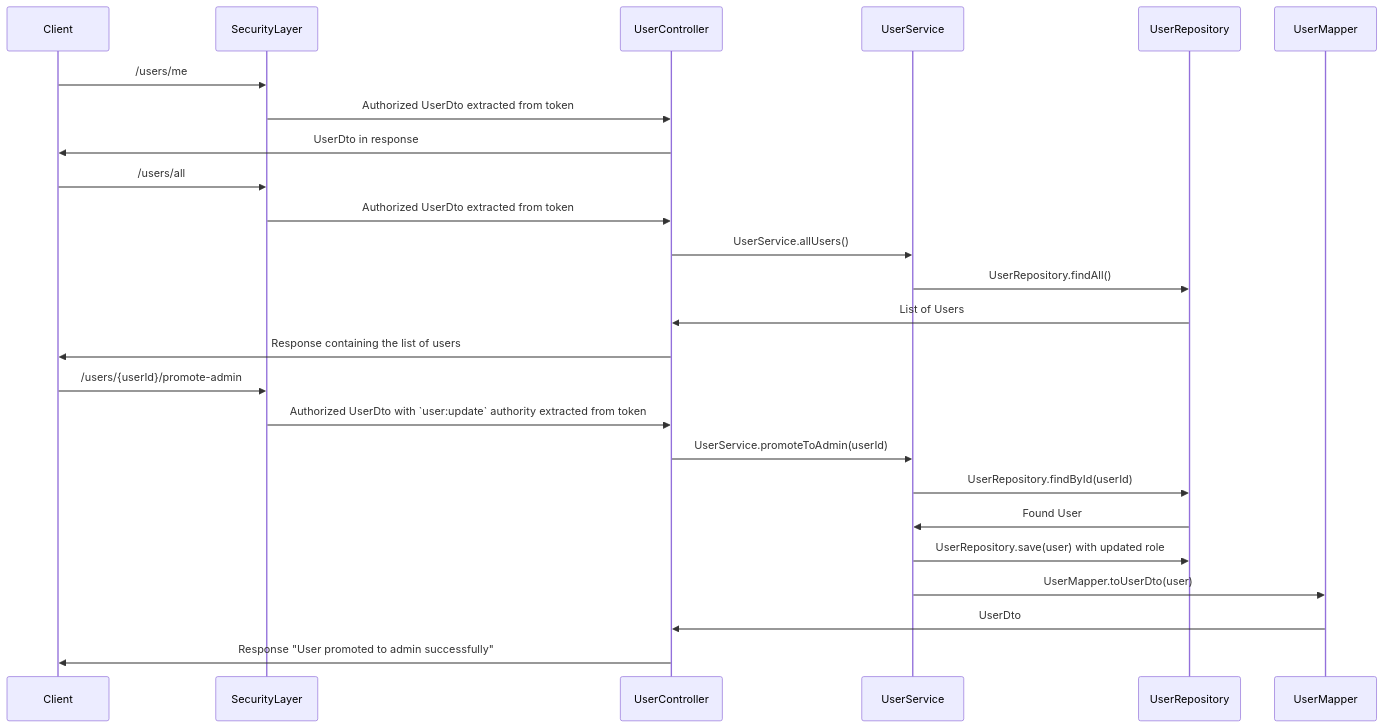
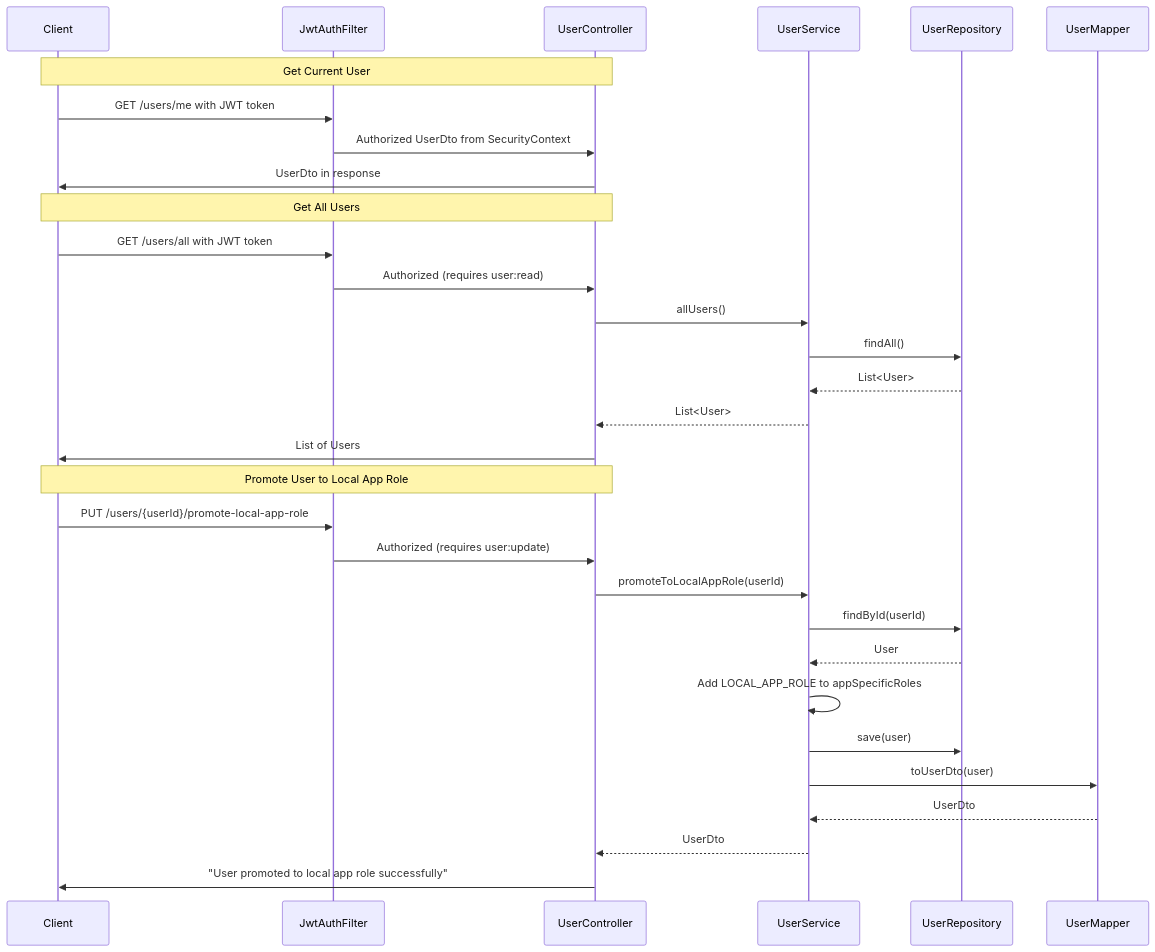
The fourth of 5 diagrams in doc/process-documentation.md (OrifInformatique/template_frontback), drawn with Mermaid before and after one commit. The commit also changed other lines of this file, not shown here.

````diff
--- a/doc/process-documentation.md
+++ b/doc/process-documentation.md
@@ -239,30 +252,36 @@
 ```mermaid
 sequenceDiagram
     participant Client
-    participant SecurityLayer
+    participant JwtAuthFilter
     participant UserController
     participant UserService
     participant UserRepository
     participant UserMapper
 
-    Client->>SecurityLayer: /users/me
-    SecurityLayer->>UserController: Authorized UserDto extracted from token
+    Note over Client,UserController: Get Current User
+    Client->>JwtAuthFilter: GET /users/me with JWT token
+    JwtAuthFilter->>UserController: Authorized UserDto from SecurityContext
     UserController->>Client: UserDto in response
 
-    Client->>SecurityLayer: /users/all
-    SecurityLayer->>UserController: Authorized UserDto extracted from token
-    UserController->>UserService: UserService.allUsers()
-    UserService->>UserRepository: UserRepository.findAll()
-    UserRepository->>UserController: List of Users
-    UserController->>Client: Response containing the list of users
+    Note over Client,UserController: Get All Users
+    Client->>JwtAuthFilter: GET /users/all with JWT token
+    JwtAuthFilter->>UserController: Authorized (requires user:read)
+    UserController->>UserService: allUsers()
+    UserService->>UserRepository: findAll()
+    UserRepository-->>UserService: List<User>
+    UserService-->>UserController: List<User>
+    UserController->>Client: List of Users
 
-    Client->>SecurityLayer: /users/{userId}/promote-admin
-    SecurityLayer->>UserController: Authorized UserDto with `user:update` authority extracted from token
-    UserController->>UserService: UserService.promoteToAdmin(userId)
-    UserService->>UserRepository: UserRepository.findById(userId)
-    UserRepository->>UserService: Found User
-    UserService->>UserRepository: UserRepository.save(user) with updated role
-    UserService->>UserMapper: UserMapper.toUserDto(user)
-    UserMapper->>UserController: UserDto
-    UserController->>Client: Response "User promoted to admin successfully"
+    Note over Client,UserController: Promote User to Local App Role
+    Client->>JwtAuthFilter: PUT /users/{userId}/promote-local-app-role
+    JwtAuthFilter->>UserController: Authorized (requires user:update)
+    UserController->>UserService: promoteToLocalAppRole(userId)
+    UserService->>UserRepository: findById(userId)
+    UserRepository-->>UserService: User
+    UserService->>UserService: Add LOCAL_APP_ROLE to appSpecificRoles
+    UserService->>UserRepository: save(user)
+    UserService->>UserMapper: toUserDto(user)
+    UserMapper-->>UserService: UserDto
+    UserService-->>UserController: UserDto
+    UserController->>Client: "User promoted to local app role successfully"
 ```
````
